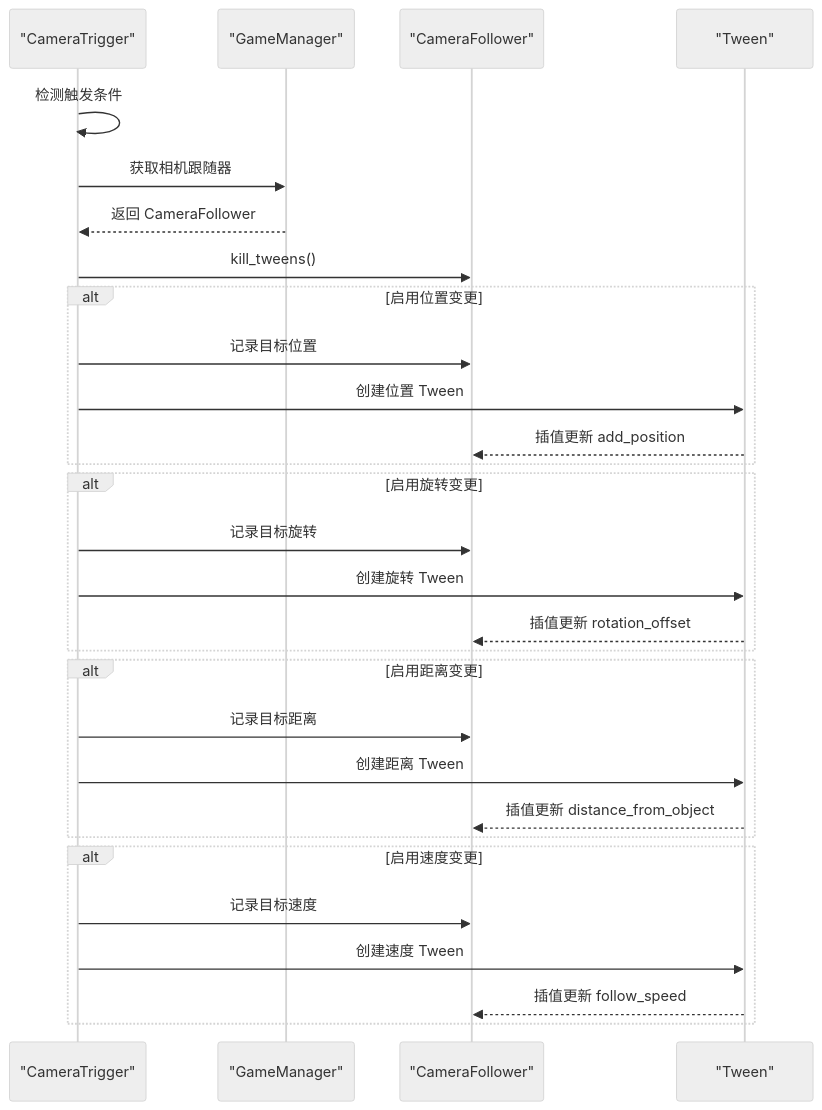
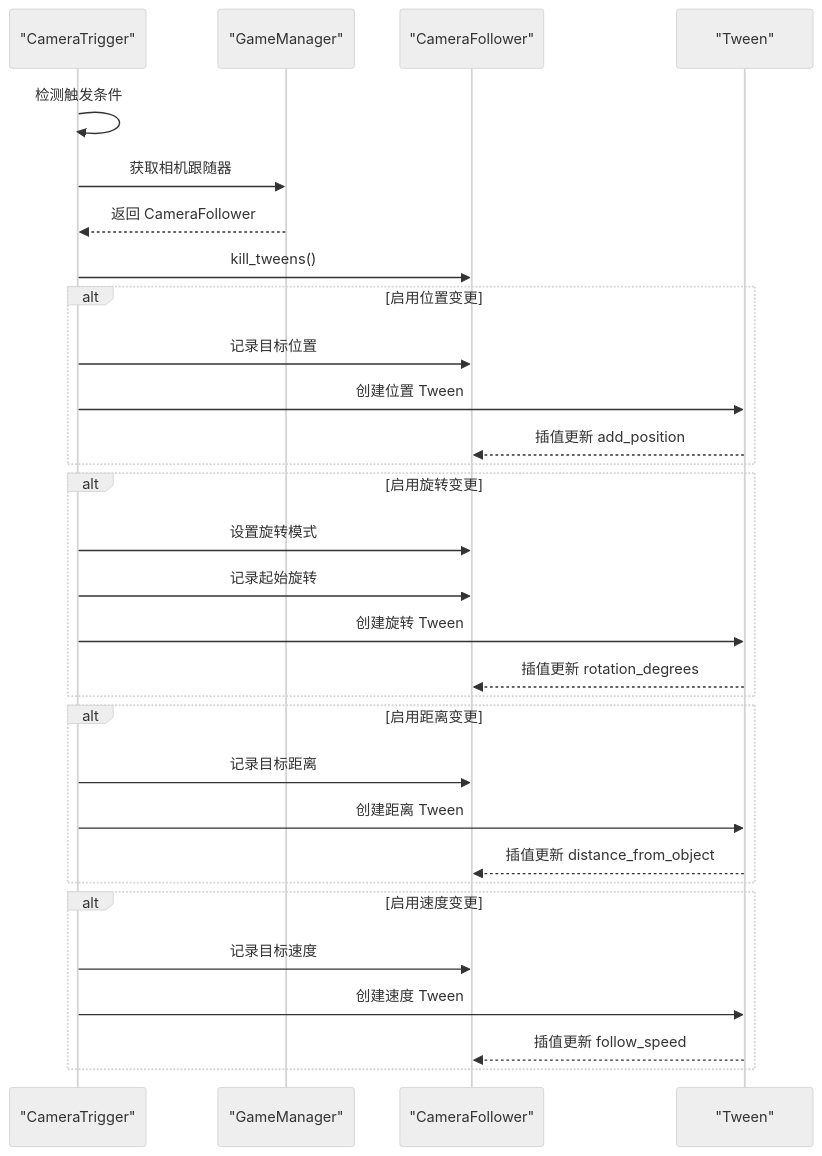
The fourth of 12 diagrams in .qoder/repowiki/zh/content/游戏系统/相机系统/相机跟随系统.md (godotline/godot-line), drawn with Mermaid (neutral theme) before and after one commit. The commit also changed other lines of this file and 55 other files, not shown here.

````diff
--- a/.qoder/repowiki/zh/content/游戏系统/相机系统/相机跟随系统.md
+++ b/.qoder/repowiki/zh/content/游戏系统/相机系统/相机跟随系统.md
@@ -203,31 +203,32 @@
 ```mermaid
 sequenceDiagram
 participant TR as "CameraTrigger"
 participant GM as "GameManager"
 participant CF as "CameraFollower"
 participant TW as "Tween"
 TR->>TR : 检测触发条件
 TR->>GM : 获取相机跟随器
 GM-->>TR : 返回 CameraFollower
 TR->>CF : kill_tweens()
 alt 启用位置变更
 TR->>CF : 记录目标位置
 TR->>TW : 创建位置 Tween
 TW-->>CF : 插值更新 add_position
 end
 alt 启用旋转变更
-TR->>CF : 记录目标旋转
+TR->>CF : 设置旋转模式
+TR->>CF : 记录起始旋转
 TR->>TW : 创建旋转 Tween
-TW-->>CF : 插值更新 rotation_offset
+TW-->>CF : 插值更新 rotation_degrees
 end
 alt 启用距离变更
 TR->>CF : 记录目标距离
 TR->>TW : 创建距离 Tween
 TW-->>CF : 插值更新 distance_from_object
 end
 alt 启用速度变更
 TR->>CF : 记录目标速度
 TR->>TW : 创建速度 Tween
 TW-->>CF : 插值更新 follow_speed
 end
 ```
````
